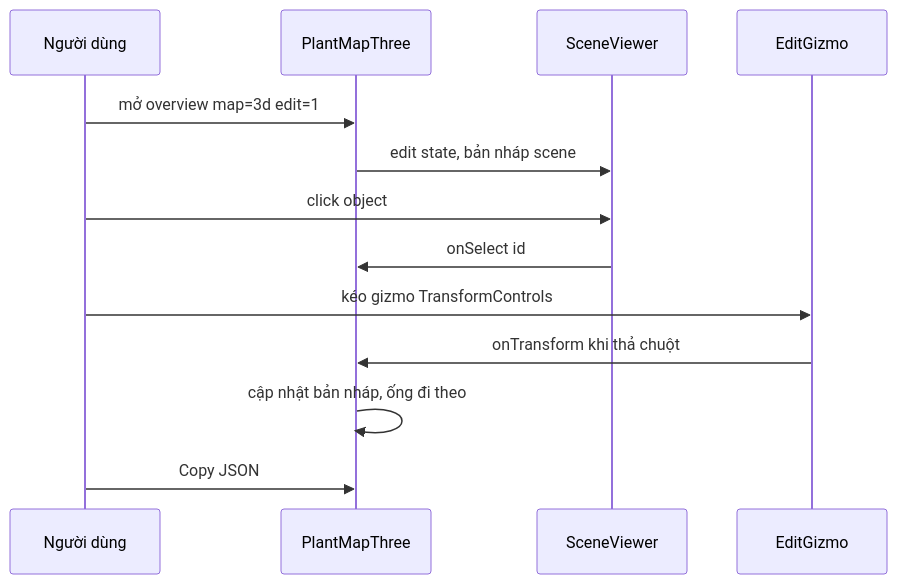
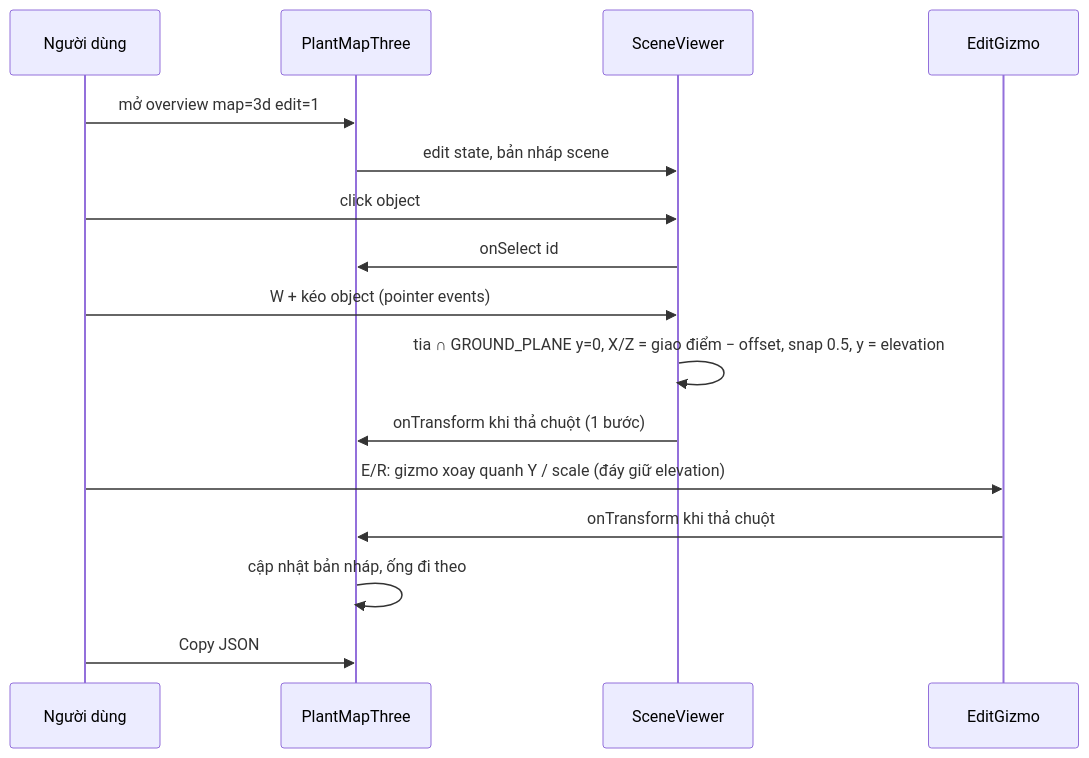
The sixth of 7 diagrams in GUIDE.md (tuanpq-dev/demo-lpg), drawn with Mermaid before and after one commit. The commit also changed other lines of this file and 2 other files, not shown here.

Commit message:
docs: ground-plane convention, elevation, migration and editor drag in CLAUDE.md/GUIDE.md; dev R3F hook for tests

````diff
--- a/GUIDE.md
+++ b/GUIDE.md
@@ -272,15 +277,18 @@
 ```mermaid
 sequenceDiagram
   participant U as Người dùng
   participant PM as PlantMapThree
   participant SV as SceneViewer
   participant G as EditGizmo
   U->>PM: mở overview map=3d edit=1
   PM->>SV: edit state, bản nháp scene
   U->>SV: click object
   SV->>PM: onSelect id
-  U->>G: kéo gizmo TransformControls
+  U->>SV: W + kéo object (pointer events)
+  SV->>SV: tia ∩ GROUND_PLANE y=0, X/Z = giao điểm − offset, snap 0.5, y = elevation
+  SV->>PM: onTransform khi thả chuột (1 bước)
+  U->>G: E/R: gizmo xoay quanh Y / scale (đáy giữ elevation)
   G->>PM: onTransform khi thả chuột
   PM->>PM: cập nhật bản nháp, ống đi theo
   U->>PM: Copy JSON
 ```
````
